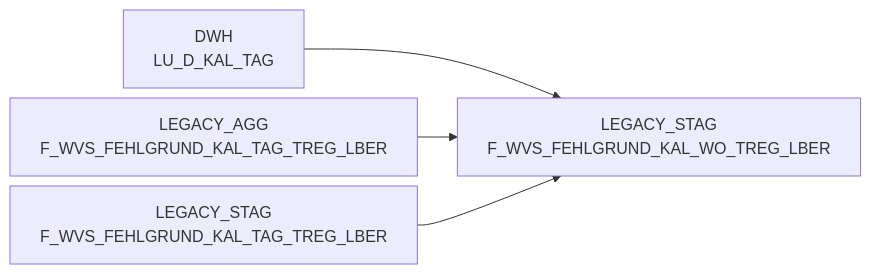
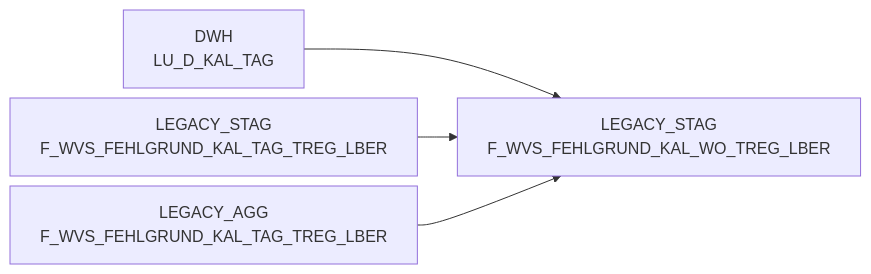
One commit to integration-factory-de/sas_code_docs changed the diagram in docs/Tables/LEGACY_STAG/F_WVS_FEHLGRUND_KAL_WO_TREG_LBER.md. Above: the diagram before and after it, drawn with Mermaid. The commit also changed other lines of this file and 129 other files, not shown here.

````diff
--- a/docs/Tables/LEGACY_STAG/F_WVS_FEHLGRUND_KAL_WO_TREG_LBER.md
+++ b/docs/Tables/LEGACY_STAG/F_WVS_FEHLGRUND_KAL_WO_TREG_LBER.md
@@ -9,15 +20,15 @@
 ```mermaid
 %%{init: {'flowchart': { 'nodeSpacing': 10, 'rankSpacing': 40, 'rankdir': 'TB' }}}%%
 
 flowchart LR
 
   DWH.LU_D_KAL_TAG["DWH<br/>LU_D_KAL_TAG"] --> LEGACY_STAG.F_WVS_FEHLGRUND_KAL_WO_TREG_LBER["LEGACY_STAG<br/>F_WVS_FEHLGRUND_KAL_WO_TREG_LBER"]
+  LEGACY_STAG.F_WVS_FEHLGRUND_KAL_TAG_TREG_LBER["LEGACY_STAG<br/>F_WVS_FEHLGRUND_KAL_TAG_TREG_LBER"] --> LEGACY_STAG.F_WVS_FEHLGRUND_KAL_WO_TREG_LBER["LEGACY_STAG<br/>F_WVS_FEHLGRUND_KAL_WO_TREG_LBER"]
   LEGACY_AGG.F_WVS_FEHLGRUND_KAL_TAG_TREG_LBER["LEGACY_AGG<br/>F_WVS_FEHLGRUND_KAL_TAG_TREG_LBER"] --> LEGACY_STAG.F_WVS_FEHLGRUND_KAL_WO_TREG_LBER["LEGACY_STAG<br/>F_WVS_FEHLGRUND_KAL_WO_TREG_LBER"]
-  LEGACY_STAG.F_WVS_FEHLGRUND_KAL_TAG_TREG_LBER["LEGACY_STAG<br/>F_WVS_FEHLGRUND_KAL_TAG_TREG_LBER"] --> LEGACY_STAG.F_WVS_FEHLGRUND_KAL_WO_TREG_LBER["LEGACY_STAG<br/>F_WVS_FEHLGRUND_KAL_WO_TREG_LBER"]
   click DWH.LU_D_KAL_TAG "../../tables/DWH/LU_D_KAL_TAG"
+  click LEGACY_STAG.F_WVS_FEHLGRUND_KAL_TAG_TREG_LBER "../../tables/LEGACY_STAG/F_WVS_FEHLGRUND_KAL_TAG_TREG_LBER"
   click LEGACY_AGG.F_WVS_FEHLGRUND_KAL_TAG_TREG_LBER "../../tables/LEGACY_AGG/F_WVS_FEHLGRUND_KAL_TAG_TREG_LBER"
-  click LEGACY_STAG.F_WVS_FEHLGRUND_KAL_TAG_TREG_LBER "../../tables/LEGACY_STAG/F_WVS_FEHLGRUND_KAL_TAG_TREG_LBER"
   click LEGACY_STAG.F_WVS_FEHLGRUND_KAL_WO_TREG_LBER "../../tables/LEGACY_STAG/F_WVS_FEHLGRUND_KAL_WO_TREG_LBER"
   click LEGACY_STAG.F_WVS_FEHLGRUND_KAL_WO_TREG_LBER "../../tables/LEGACY_STAG/F_WVS_FEHLGRUND_KAL_WO_TREG_LBER"
   click LEGACY_STAG.F_WVS_FEHLGRUND_KAL_WO_TREG_LBER "../../tables/LEGACY_STAG/F_WVS_FEHLGRUND_KAL_WO_TREG_LBER"
 ```
````
